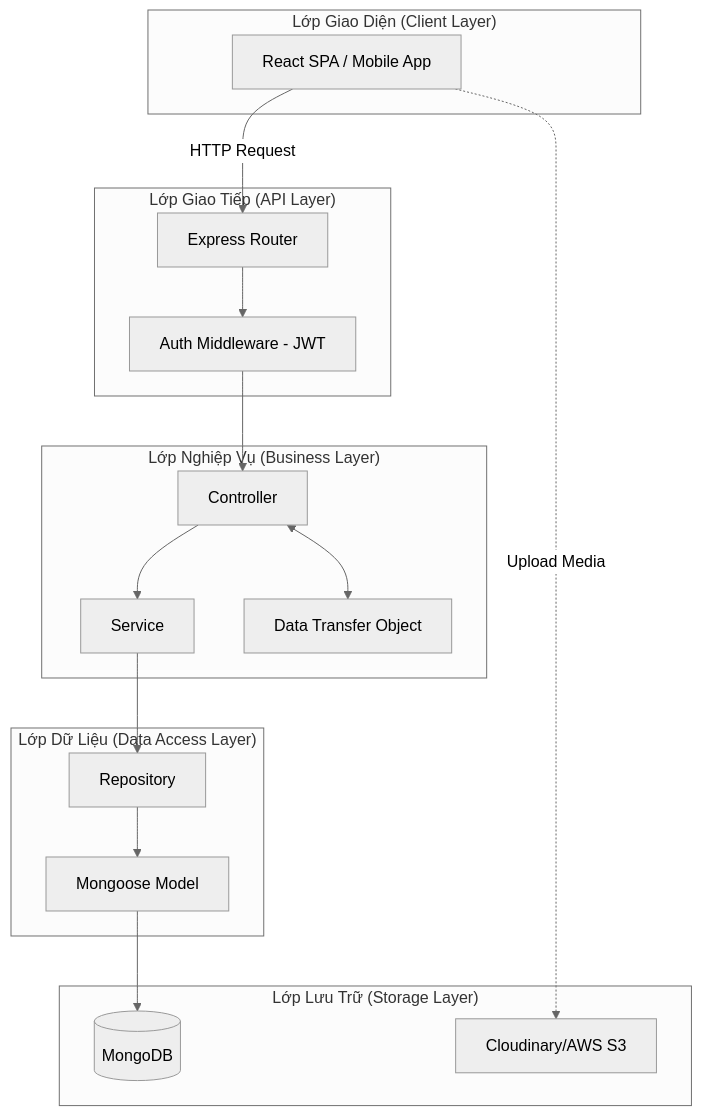
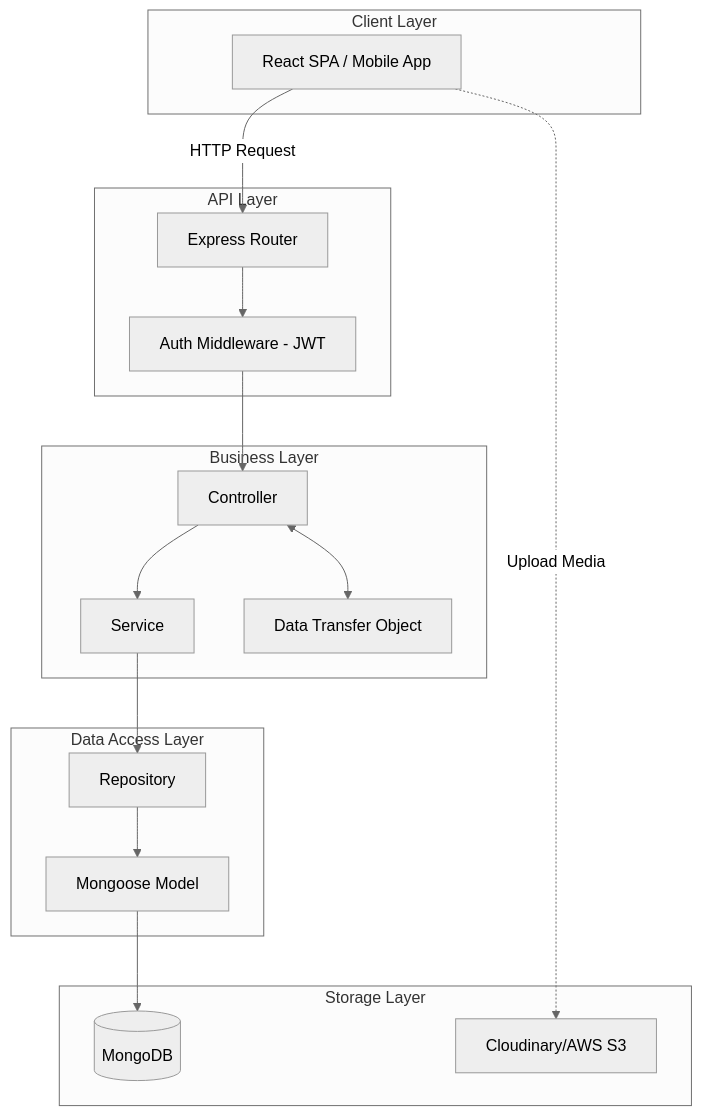
Before and after one commit to dat-21/SWD392: the first of 13 diagrams in UC_Backend_Design_Details.md, drawn with Mermaid (neutral theme). The commit also changed other lines of this file and 1 other file, not shown here.

````diff
--- a/UC_Backend_Design_Details.md
+++ b/UC_Backend_Design_Details.md
@@ -9,37 +9,37 @@
 ```mermaid
 flowchart TB
-    subgraph ClientLayer ["Lớp Giao Diện (Client Layer)"]
+    subgraph ClientLayer ["Client Layer"]
         FE[React SPA / Mobile App]
     end
     
-    subgraph APILayer ["Lớp Giao Tiếp (API Layer)"]
+    subgraph APILayer ["API Layer"]
         Route[Express Router]
         Auth[Auth Middleware - JWT]
     end
     
-    subgraph BusinessLayer ["Lớp Nghiệp Vụ (Business Layer)"]
+    subgraph BusinessLayer ["Business Layer"]
         Ctrl[Controller]
         Svc[Service]
         DTO[Data Transfer Object]
     end
     
-    subgraph DataLayer ["Lớp Dữ Liệu (Data Access Layer)"]
+    subgraph DataLayer ["Data Access Layer"]
         Repo[Repository]
         Model[Mongoose Model]
     end
     
-    subgraph StorageLayer ["Lớp Lưu Trữ (Storage Layer)"]
+    subgraph StorageLayer ["Storage Layer"]
         DB[(MongoDB)]
         Cloud[Cloudinary/AWS S3]
     end
 
     FE -->|HTTP Request| Route
     Route --> Auth
     Auth --> Ctrl
     Ctrl <--> DTO
     Ctrl --> Svc
     Svc --> Repo
     Repo --> Model
     Model --> DB
     FE -.->|Upload Media| Cloud
 ```
````
